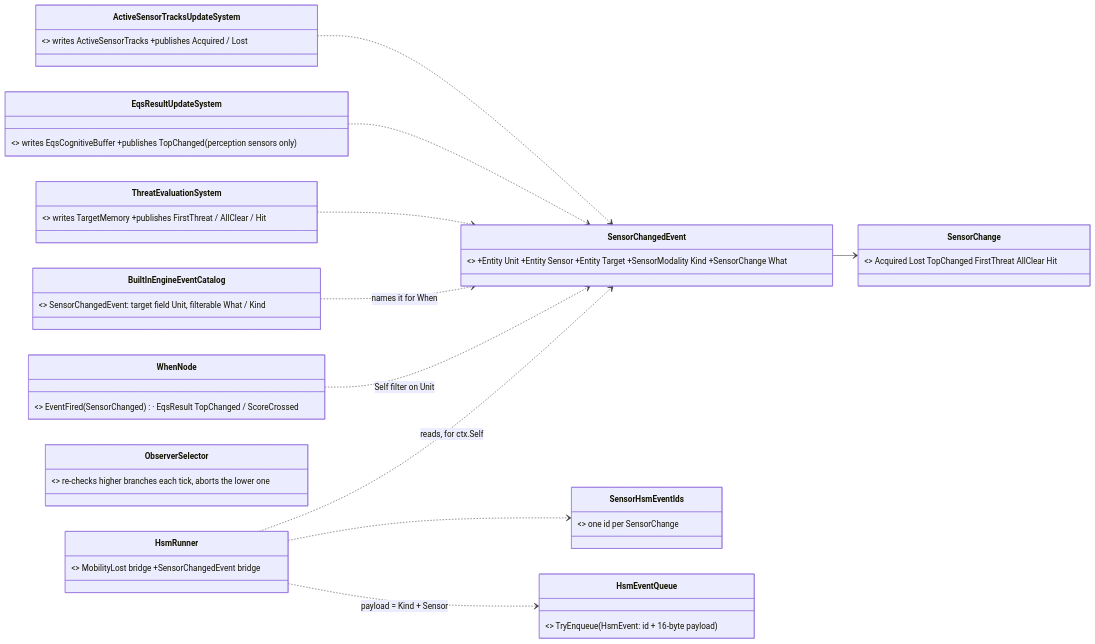
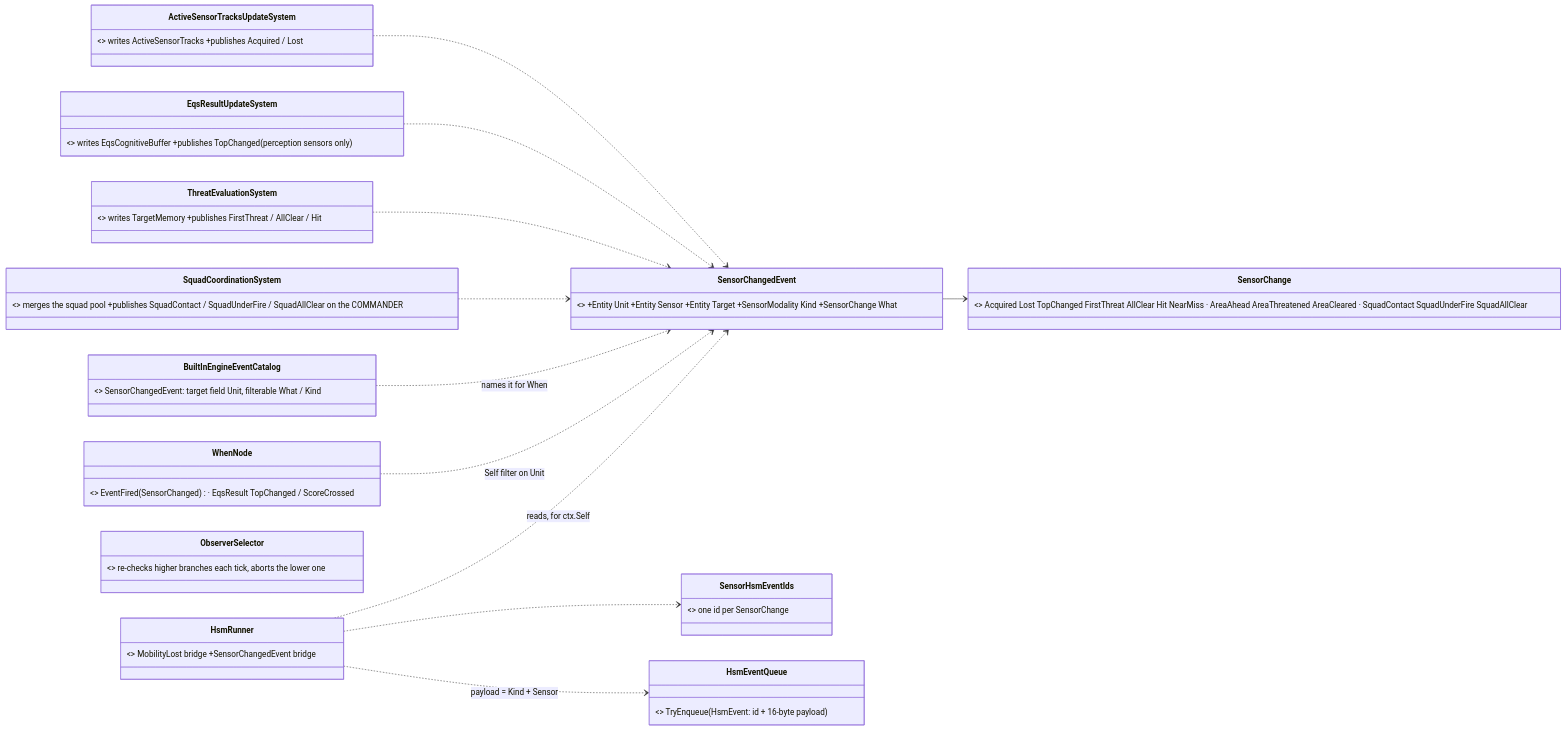
One commit to pjanec/HROT changed diagram 14 of 35 in docs/DESIGN_Sensors_And_Doctrine.md. Above: the diagram before and after it, drawn with Mermaid. The commit also changed other lines of this file and 1 other file, not shown here.

First line of the commit message:
CE-2123 S2: the map and Sensors & Doctrine §7.3 learn the squad edges, the squad SOP and the three squad drills (cross-doc fold, behaviors lane)

````diff
--- a/docs/DESIGN_Sensors_And_Doctrine.md
+++ b/docs/DESIGN_Sensors_And_Doctrine.md
@@ -584,24 +584,26 @@
 ```mermaid
 classDiagram
   direction LR
   class ActiveSensorTracksUpdateSystem { <<existing Brain, PRODUCER>> writes ActiveSensorTracks +publishes Acquired / Lost }
   class EqsResultUpdateSystem { <<existing Brain, PRODUCER>> writes EqsCognitiveBuffer +publishes TopChanged (perception sensors only) }
   class ThreatEvaluationSystem { <<existing Brain, PRODUCER>> writes TargetMemory +publishes FirstThreat / AllClear / Hit }
   class SensorChangedEvent { <<BUILT unmanaged bus event, id 4006>> +Entity Unit +Entity Sensor +Entity Target +SensorModality Kind +SensorChange What }
-  class SensorChange { <<BUILT enum>> Acquired Lost TopChanged FirstThreat AllClear Hit }
+  class SensorChange { <<BUILT enum>> Acquired Lost TopChanged FirstThreat AllClear Hit NearMiss · AreaAhead AreaThreatened AreaCleared · SquadContact SquadUnderFire SquadAllClear }
+  class SquadCoordinationSystem { <<existing Brain, PRODUCER since CE-2123 S2>> merges the squad pool +publishes SquadContact / SquadUnderFire / SquadAllClear on the COMMANDER }
   class BuiltInEngineEventCatalog { <<existing, grows>> SensorChangedEvent: target field Unit, filterable What / Kind }
   class SensorHsmEventIds { <<NEW reserved HSM ids, beside MobilityLost>> one id per SensorChange }
   class HsmRunner { <<existing, grows>> MobilityLost bridge +SensorChangedEvent bridge }
   class HsmEventQueue { <<existing>> TryEnqueue(HsmEvent: id + 16-byte payload) }
   class ObserverSelector { <<existing NodeType, interpreter grows>> re-checks higher branches each tick, aborts the lower one }
   class WhenNode { <<existing blueprint>> EventFired(SensorChanged) · EqsResult TopChanged / ScoreCrossed }
   ActiveSensorTracksUpdateSystem ..> SensorChangedEvent
   EqsResultUpdateSystem ..> SensorChangedEvent
   ThreatEvaluationSystem ..> SensorChangedEvent
+  SquadCoordinationSystem ..> SensorChangedEvent
   SensorChangedEvent --> SensorChange
   BuiltInEngineEventCatalog ..> SensorChangedEvent : names it for When
   HsmRunner ..> SensorChangedEvent : reads, for ctx.Self
   HsmRunner ..> SensorHsmEventIds
   HsmRunner ..> HsmEventQueue : payload = Kind + Sensor
   WhenNode ..> SensorChangedEvent : Self filter on Unit
 ```
````
